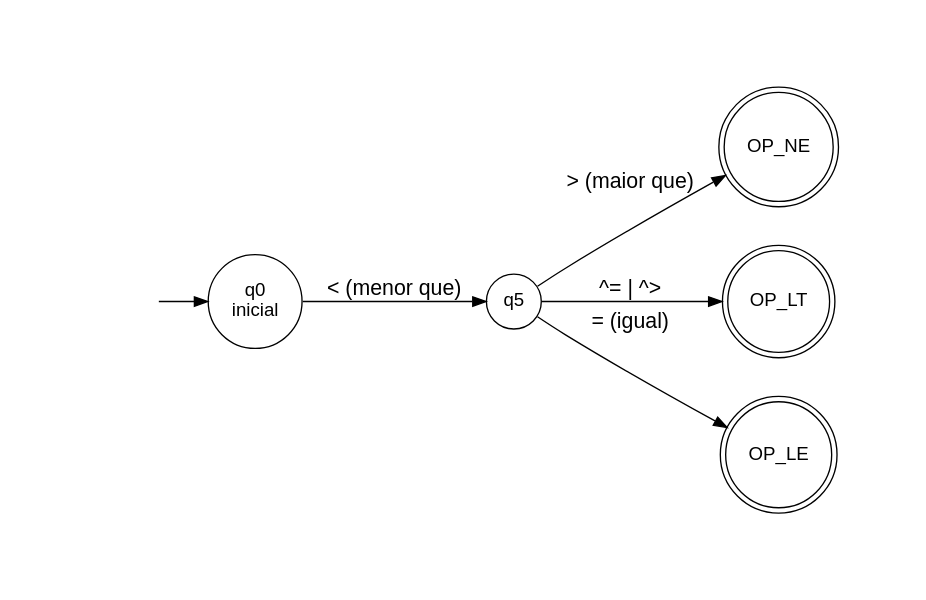
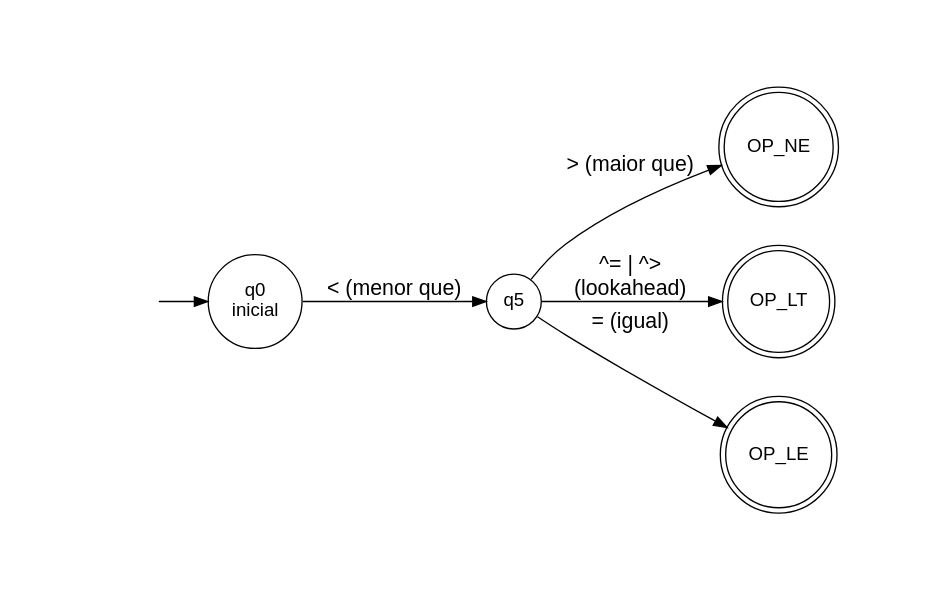
One commit to miguelhenriquecbl/LINGUAGENS-FORMAIS-AUT-MATOS-E-COMPILADORES changed the diagram in Trabalho/analisador-lexico/AFDs/codigo/afd_operador_menor.dot. Above: the diagram before and after it, drawn with Graphviz. The commit also changed 4 other files, not shown here.

```diff
--- a/Trabalho/analisador-lexico/AFDs/codigo/afd_operador_menor.dot
+++ b/Trabalho/analisador-lexico/AFDs/codigo/afd_operador_menor.dot
@@ -1,33 +1,33 @@
 digraph afd_operador_menor {
     rankdir=LR;
     nodesep=0.4;
     pad=0.8;
     node [shape=circle, fontname="Arial"];
     edge [fontname="Arial", fontsize=16];
 
     /* estado invisível pra seta de entrada */
     inicio [shape=none, label=""];
 
     /* Estado Inicial */
     q0 [label="q0\ninicial"];
 
     /* estados intermediários */
     q5 [label="q5"];
 
     /* estados finais — círculo duplo */
     node [shape=doublecircle];
 
     /* Operadores relacionais */
     qOP_NE [label="OP_NE"]; /* <> */
     qOP_LT [label="OP_LT"]; /* < */
     qOP_LE [label="OP_LE"]; /* <= */
 
     /* seta de entrada */
     inicio -> q0;
 
     /* q0 -> estados intermediários */
     q0 -> q5 [label="< (menor que)"]; 
     q5 -> qOP_NE [label="> (maior que)"]; 
     q5 -> qOP_LE [label="= (igual)"]; 
-    q5 -> qOP_LT [label="^= | ^>"];
+    q5 -> qOP_LT [label="^= | ^>\n(lookahead)"];
 }
```
